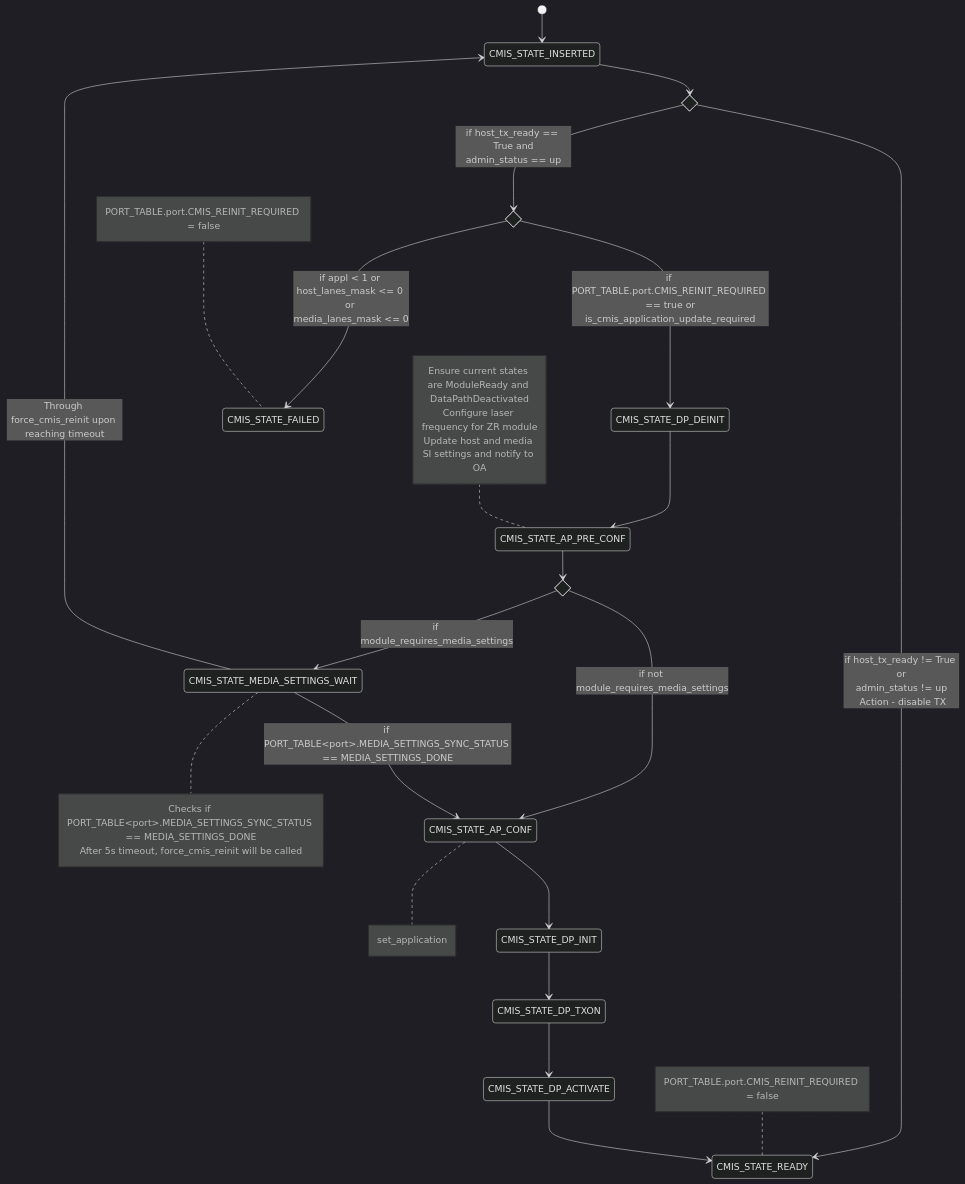
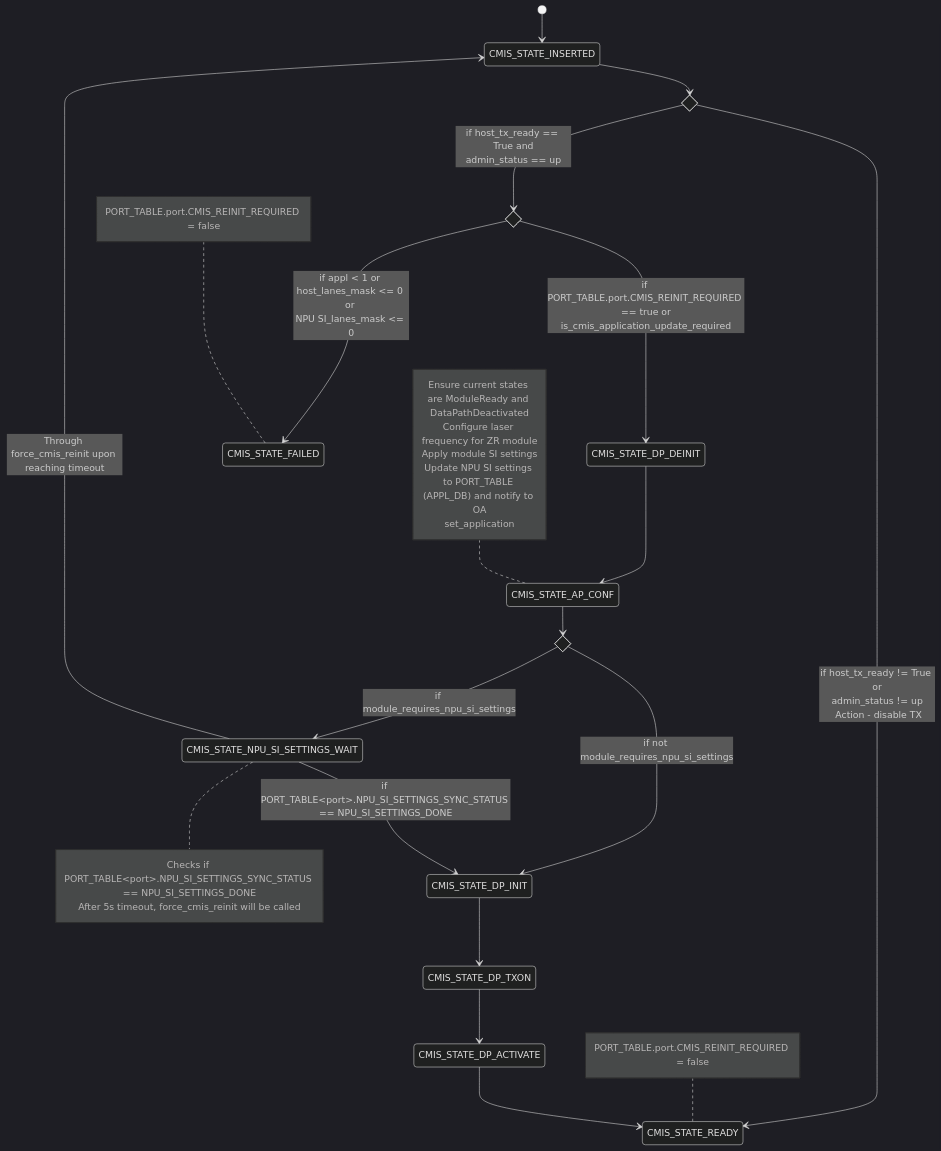
The third of 5 diagrams in doc/sfp-cmis/Interface-Link-bring-up-sequence.md (sonic-net/SONiC), drawn with Mermaid (dark theme) before and after one commit. The commit also changed other lines of this file, not shown here.

Commit message:
Modified media settings to NPU SI settings for clearly differentiating module v/s NPU SI settings in future

````diff
--- a/doc/sfp-cmis/Interface-Link-bring-up-sequence.md
+++ b/doc/sfp-cmis/Interface-Link-bring-up-sequence.md
@@ -316,32 +318,30 @@
 ```mermaid
 stateDiagram
     [*] --> CMIS_STATE_INSERTED
     state if_state <<choice>>
     state if_state2 <<choice>>
     state if_state3 <<choice>>
     CMIS_STATE_INSERTED --> if_state
     if_state --> CMIS_STATE_READY : if host_tx_ready != True or<br>admin_status != up<br> Action - disable TX
     if_state --> if_state2 : if host_tx_ready == True and<br>admin_status == up
     if_state2 --> CMIS_STATE_DP_DEINIT : if PORT_TABLE.port.CMIS_REINIT_REQUIRED == true or<br>is_cmis_application_update_required
     note left of CMIS_STATE_READY : PORT_TABLE.port.CMIS_REINIT_REQUIRED = false
-    if_state2 --> CMIS_STATE_FAILED : if appl < 1 or <br>host_lanes_mask <= 0 or <br>media_lanes_mask <= 0
+    if_state2 --> CMIS_STATE_FAILED : if appl < 1 or <br>host_lanes_mask <= 0 or <br>NPU SI_lanes_mask <= 0
     note left of CMIS_STATE_FAILED : PORT_TABLE.port.CMIS_REINIT_REQUIRED = false
 
-    CMIS_STATE_DP_DEINIT --> CMIS_STATE_AP_PRE_CONF
+    CMIS_STATE_DP_DEINIT --> CMIS_STATE_AP_CONF
 
-    note left of CMIS_STATE_AP_PRE_CONF : Ensure current states are ModuleReady and DataPathDeactivated<br>Configure laser frequency for ZR module<br>Update host and media SI settings and notify to OA
-    CMIS_STATE_AP_PRE_CONF --> if_state3
-    if_state3 --> CMIS_STATE_MEDIA_SETTINGS_WAIT : if module_requires_media_settings
-    if_state3 --> CMIS_STATE_AP_CONF : if not module_requires_media_settings
-    CMIS_STATE_MEDIA_SETTINGS_WAIT --> CMIS_STATE_AP_CONF : if PORT_TABLE&ltport&gt.MEDIA_SETTINGS_SYNC_STATUS == MEDIA_SETTINGS_DONE
-    CMIS_STATE_MEDIA_SETTINGS_WAIT --> CMIS_STATE_INSERTED : Through force_cmis_reinit upon reaching timeout
-    note right of CMIS_STATE_MEDIA_SETTINGS_WAIT
-        Checks if PORT_TABLE&ltport&gt.MEDIA_SETTINGS_SYNC_STATUS == MEDIA_SETTINGS_DONE
+    note left of CMIS_STATE_AP_CONF : Ensure current states are ModuleReady and DataPathDeactivated<br>Configure laser frequency for ZR module<br>Apply module SI settings<br>Update NPU SI settings to PORT_TABLE (APPL_DB) and notify to OA<br>set_application
+    CMIS_STATE_AP_CONF --> if_state3
+    if_state3 --> CMIS_STATE_NPU_SI_SETTINGS_WAIT : if module_requires_npu_si_settings
+    if_state3 --> CMIS_STATE_DP_INIT : if not module_requires_npu_si_settings
+    CMIS_STATE_NPU_SI_SETTINGS_WAIT --> CMIS_STATE_DP_INIT : if PORT_TABLE&ltport&gt.NPU_SI_SETTINGS_SYNC_STATUS == NPU_SI_SETTINGS_DONE
+    CMIS_STATE_NPU_SI_SETTINGS_WAIT --> CMIS_STATE_INSERTED : Through force_cmis_reinit upon reaching timeout
+    note right of CMIS_STATE_NPU_SI_SETTINGS_WAIT
+        Checks if PORT_TABLE&ltport&gt.NPU_SI_SETTINGS_SYNC_STATUS == NPU_SI_SETTINGS_DONE
         After 5s timeout, force_cmis_reinit will be called
     end note
-    CMIS_STATE_AP_CONF --> CMIS_STATE_DP_INIT
-    note right of CMIS_STATE_AP_CONF: set_application
     CMIS_STATE_DP_INIT --> CMIS_STATE_DP_TXON
     CMIS_STATE_DP_TXON --> CMIS_STATE_DP_ACTIVATE
     CMIS_STATE_DP_ACTIVATE --> CMIS_STATE_READY
 ```
````
